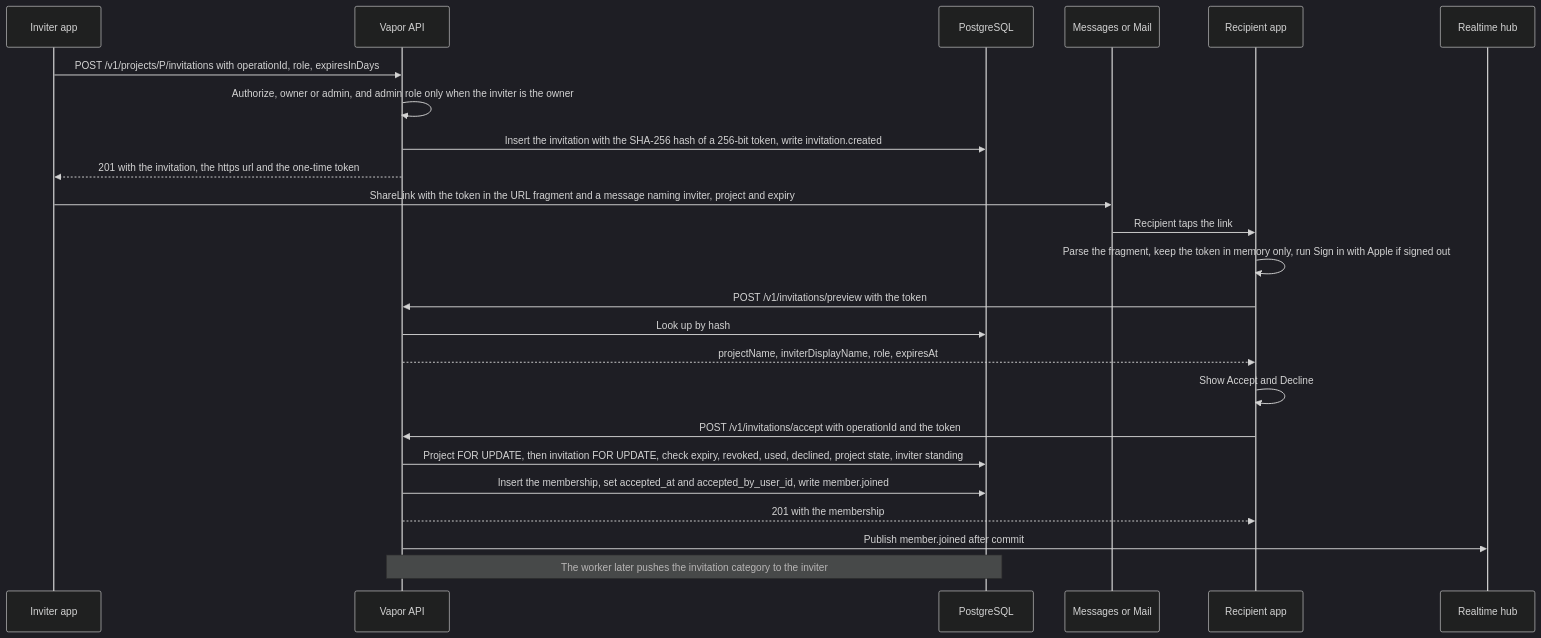
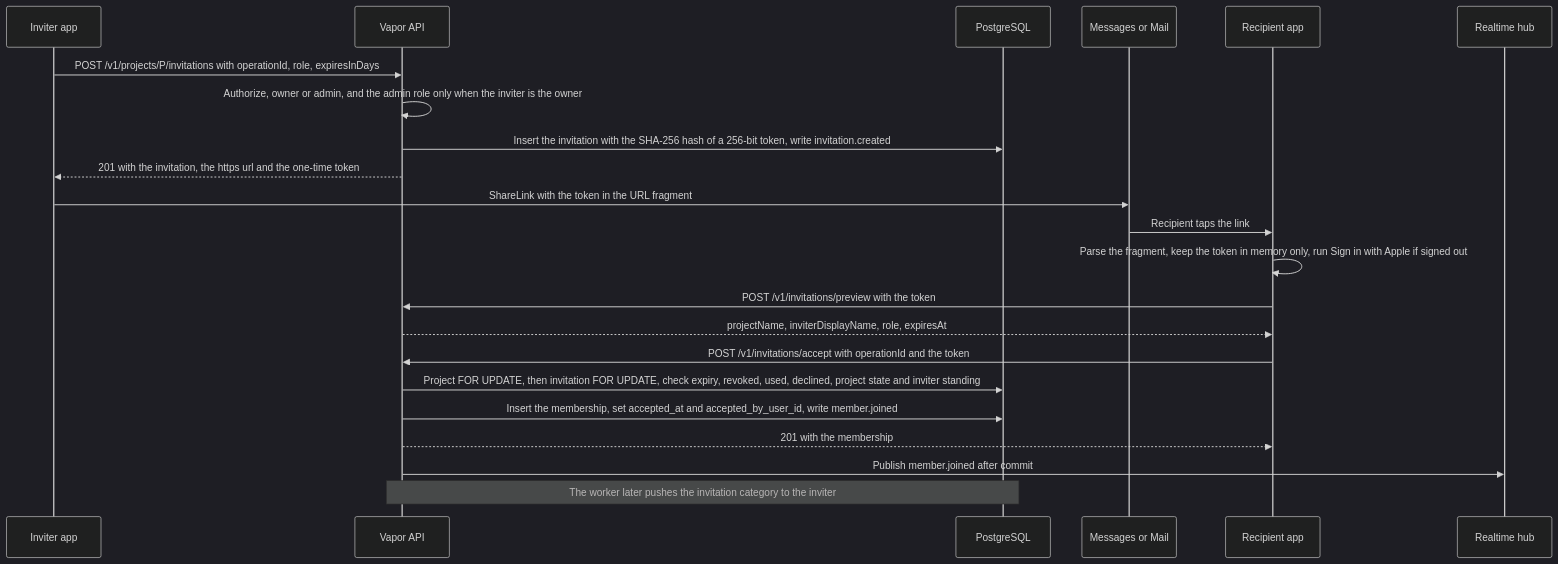
Before and after one commit to cdcucco/Shared-Kanban: the ninth of 13 diagrams in docs/architecture.md, drawn with Mermaid (dark theme). The commit also changed other lines of this file and 1 other file, not shown here.

First line of the commit message:
docs: architecture and threat model drafts

````diff
--- a/docs/architecture.md
+++ b/docs/architecture.md
@@ -612,26 +555,24 @@
 ```mermaid
 sequenceDiagram
     participant Inv as Inviter app
     participant API as Vapor API
     participant DB as PostgreSQL
     participant Msg as Messages or Mail
     participant Rec as Recipient app
     participant Hub as Realtime hub
     Inv->>API: POST /v1/projects/P/invitations with operationId, role, expiresInDays
-    API->>API: Authorize, owner or admin, and admin role only when the inviter is the owner
+    API->>API: Authorize, owner or admin, and the admin role only when the inviter is the owner
     API->>DB: Insert the invitation with the SHA-256 hash of a 256-bit token, write invitation.created
     API-->>Inv: 201 with the invitation, the https url and the one-time token
-    Inv->>Msg: ShareLink with the token in the URL fragment and a message naming inviter, project and expiry
+    Inv->>Msg: ShareLink with the token in the URL fragment
     Msg->>Rec: Recipient taps the link
     Rec->>Rec: Parse the fragment, keep the token in memory only, run Sign in with Apple if signed out
     Rec->>API: POST /v1/invitations/preview with the token
-    API->>DB: Look up by hash
     API-->>Rec: projectName, inviterDisplayName, role, expiresAt
-    Rec->>Rec: Show Accept and Decline
     Rec->>API: POST /v1/invitations/accept with operationId and the token
-    API->>DB: Project FOR UPDATE, then invitation FOR UPDATE, check expiry, revoked, used, declined, project state, inviter standing
+    API->>DB: Project FOR UPDATE, then invitation FOR UPDATE, check expiry, revoked, used, declined, project state and inviter standing
     API->>DB: Insert the membership, set accepted_at and accepted_by_user_id, write member.joined
     API-->>Rec: 201 with the membership
     API->>Hub: Publish member.joined after commit
     Note over API,DB: The worker later pushes the invitation category to the inviter
 ```
````
